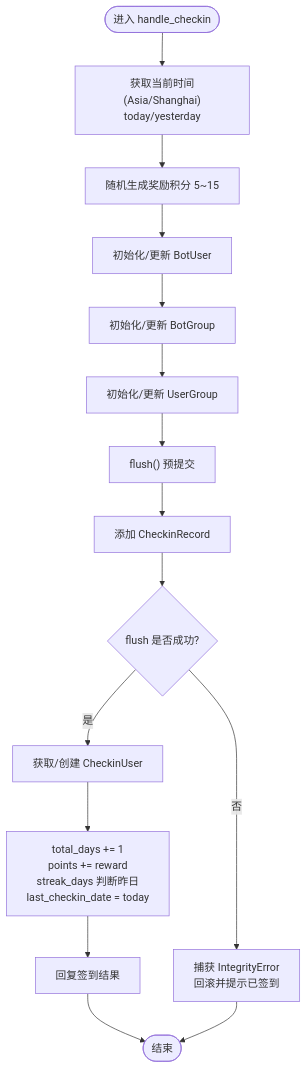
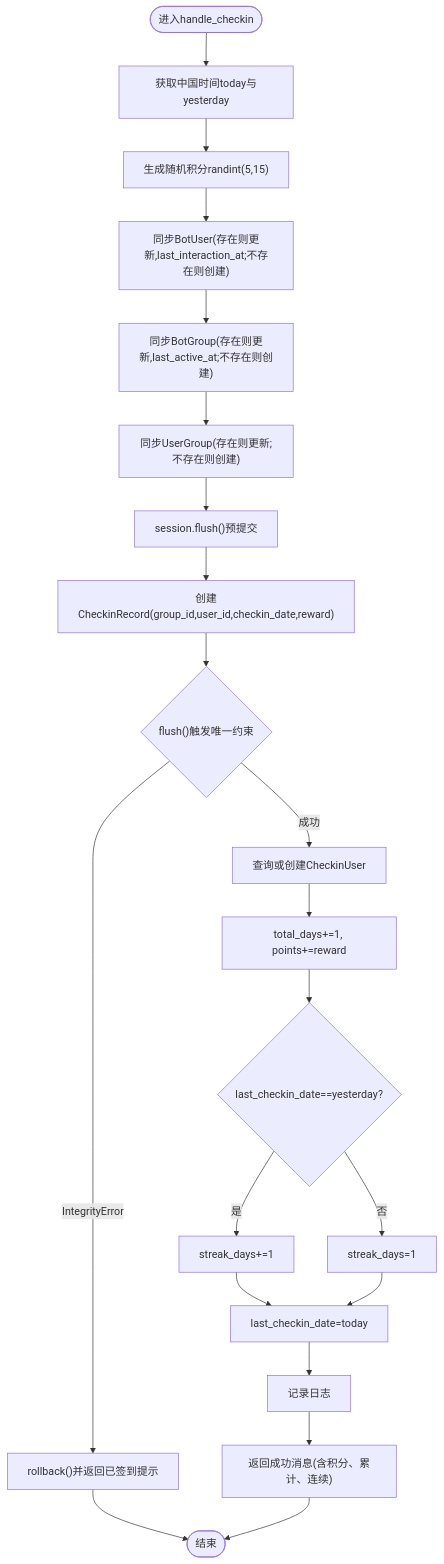
Before and after one commit to Wohaokunr/yawn_bot: the third of 5 diagrams in .qoder/repowiki/zh/content/核心功能模块/签到系统.md, drawn with Mermaid. The commit also changed other lines of this file and 60 other files, not shown here.

````diff
--- a/.qoder/repowiki/zh/content/核心功能模块/签到系统.md
+++ b/.qoder/repowiki/zh/content/核心功能模块/签到系统.md
@@ -177,17 +183,23 @@
 ```mermaid
 flowchart TD
-Start(["进入 handle_checkin"]) --> NowTime["获取当前时间(Asia/Shanghai)<br/>today/yesterday"]
-NowTime --> Reward["随机生成奖励积分 5~15"]
-Reward --> InitUser["初始化/更新 BotUser"]
-InitUser --> InitGroup["初始化/更新 BotGroup"]
-InitGroup --> InitUG["初始化/更新 UserGroup"]
-InitUG --> FlushPre["flush() 预提交"]
-FlushPre --> AddRecord["添加 CheckinRecord"]
-AddRecord --> TryFlush{"flush 是否成功?"}
-TryFlush --> |否| HandleDup["捕获 IntegrityError<br/>回滚并提示已签到"]
-TryFlush --> |是| GetCheckinUser["获取/创建 CheckinUser"]
-GetCheckinUser --> UpdateStats["total_days += 1<br/>points += reward<br/>streak_days 判断昨日<br/>last_checkin_date = today"]
-UpdateStats --> Reply["回复签到结果"]
-Reply --> End(["结束"])
-HandleDup --> End
+Start(["进入handle_checkin"]) --> GetTime["获取中国时间today与yesterday"]
+GetTime --> GenReward["生成随机积分randint(5,15)"]
+GenReward --> SyncUser["同步BotUser(存在则更新,last_interaction_at;不存在则创建)"]
+SyncUser --> SyncGroup["同步BotGroup(存在则更新,last_active_at;不存在则创建)"]
+SyncGroup --> SyncUG["同步UserGroup(存在则更新;不存在则创建)"]
+SyncUG --> FlushPre["session.flush()预提交"]
+FlushPre --> AddRecord["创建CheckinRecord(group_id,user_id,checkin_date,reward)"]
+AddRecord --> TryFlush{"flush()触发唯一约束"}
+TryFlush --> |IntegrityError| Rollback["rollback()并返回已签到提示"]
+TryFlush --> |成功| UpsertCU["查询或创建CheckinUser"]
+UpsertCU --> UpdateStats["total_days+=1, points+=reward"]
+UpdateStats --> StreakLogic{"last_checkin_date==yesterday?"}
+StreakLogic --> |是| IncStreak["streak_days+=1"]
+StreakLogic --> |否| ResetStreak["streak_days=1"]
+IncStreak --> SetLastDate["last_checkin_date=today"]
+ResetStreak --> SetLastDate
+SetLastDate --> Log["记录日志"]
+Log --> Respond["返回成功消息(含积分、累计、连续)"]
+Rollback --> End(["结束"])
+Respond --> End
 ```
````
